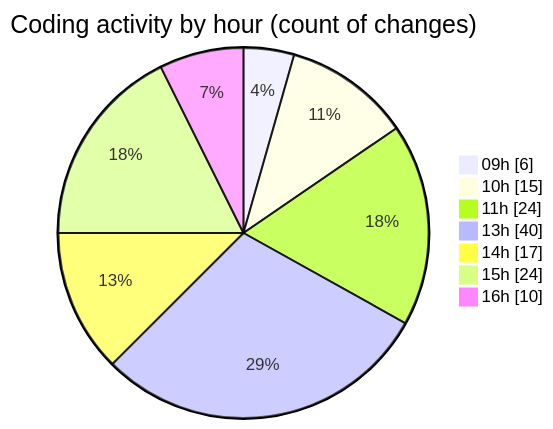
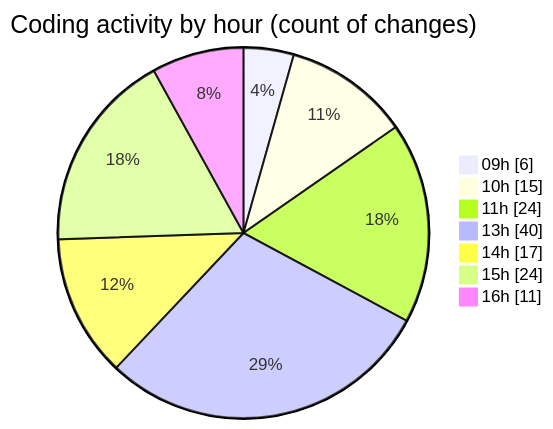
One commit to momahboobian/code-tracking changed the second of 2 diagrams in 2026-04-20/cda/README.md. Above: the diagram before and after it, drawn with Mermaid. The commit also changed other lines of this file and 1 other file, not shown here.

````diff
--- a/2026-04-20/cda/README.md
+++ b/2026-04-20/cda/README.md
@@ -57,11 +58,11 @@
 ```mermaid
 pie showData
 title Coding activity by hour (count of changes)
 "09h" : 6
 "10h" : 15
 "11h" : 24
 "13h" : 40
 "14h" : 17
 "15h" : 24
-"16h" : 10
+"16h" : 11
 ```
````
